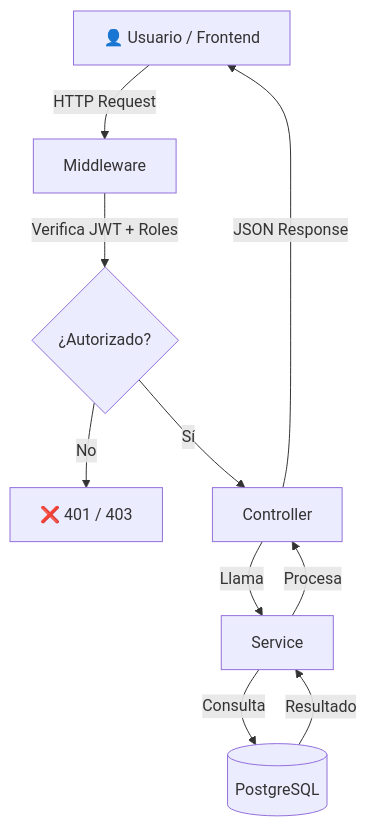
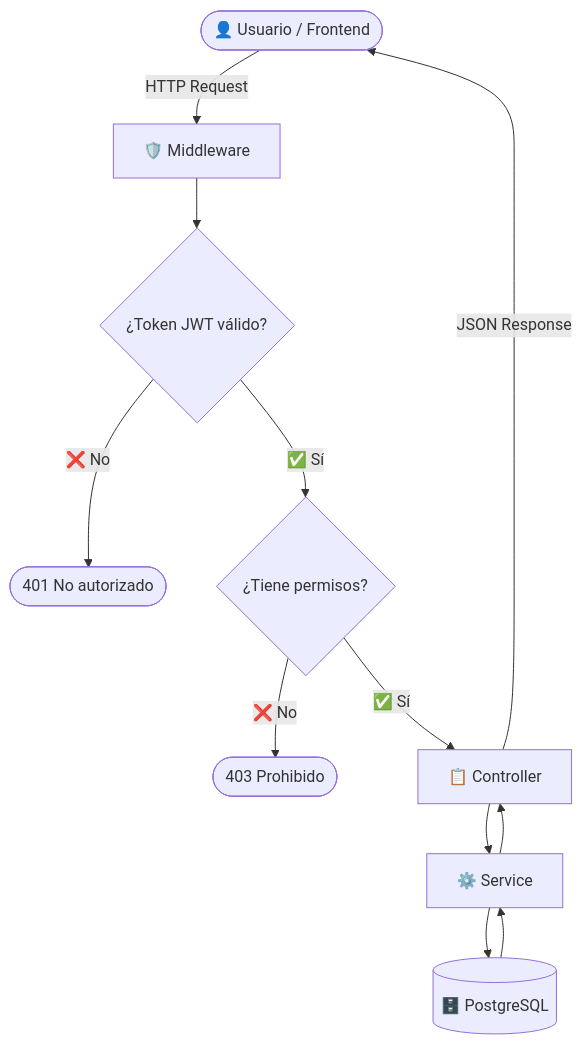
One commit to Vicentezapata/proviemplea-greudy changed the first of 7 diagrams in backend/README.md. Above: the diagram before and after it, drawn with Mermaid. The commit also changed other lines of this file, not shown here.

Commit message:
docs: README premium con Mermaid y diagrama ER

````diff
--- a/backend/README.md
+++ b/backend/README.md
@@ -168,12 +208,14 @@
 ```mermaid
 flowchart TD
-    A[👤 Usuario / Frontend] -->|HTTP Request| B[Middleware]
-    B -->|Verifica JWT + Roles| C{¿Autorizado?}
-    C -->|No| D[❌ 401 / 403]
-    C -->|Sí| E[Controller]
-    E -->|Llama| F[Service]
-    F -->|Consulta| G[(PostgreSQL)]
-    G -->|Resultado| F
-    F -->|Procesa| E
-    E -->|JSON Response| A
+    A([👤 Usuario / Frontend]) -->|HTTP Request| B[🛡️ Middleware]
+    B --> C{¿Token JWT válido?}
+    C -->|❌ No| D([401 No autorizado])
+    C -->|✅ Sí| E{¿Tiene permisos?}
+    E -->|❌ No| F([403 Prohibido])
+    E -->|✅ Sí| G[📋 Controller]
+    G --> H[⚙️ Service]
+    H --> I[(🗄️ PostgreSQL)]
+    I --> H
+    H --> G
+    G -->|JSON Response| A
 ```
````
